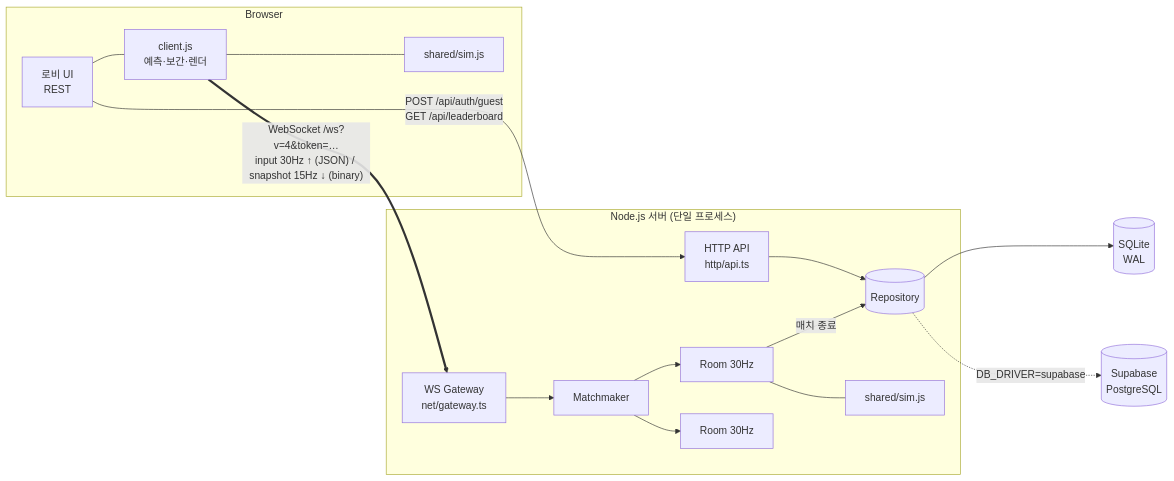
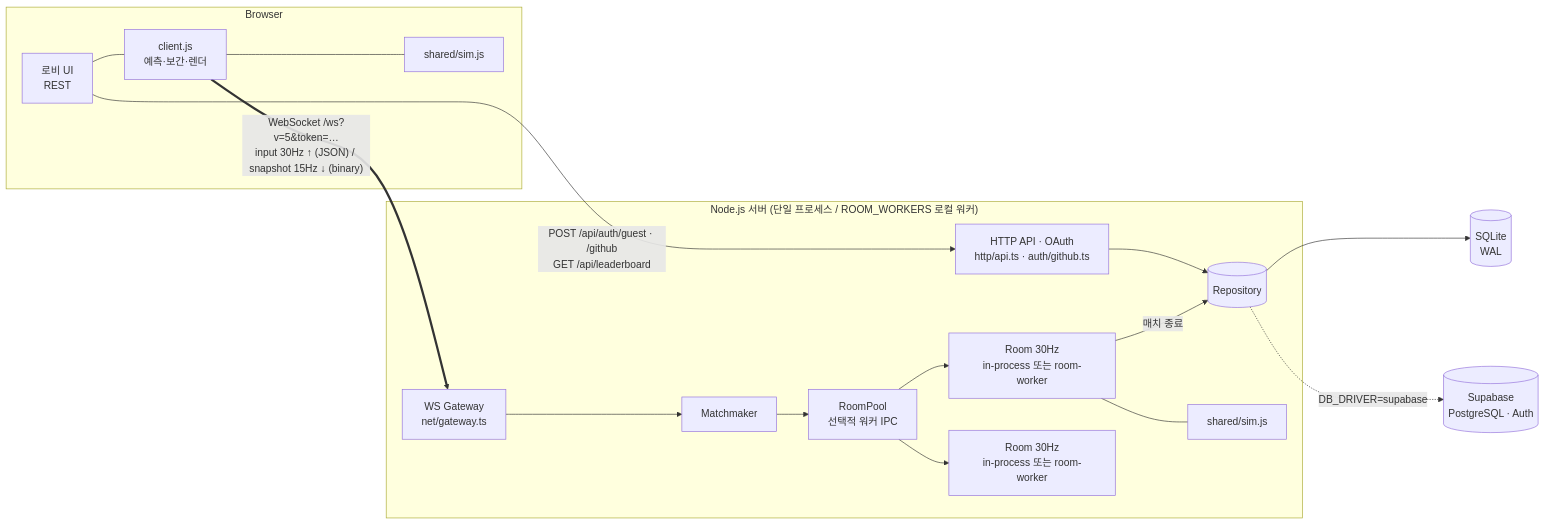
One commit to esin3329/orbit-arena-server changed the first of 3 diagrams in README.md. Above: the diagram before and after it, drawn with Mermaid. The commit also changed other lines of this file and 25 other files, not shown here.

````diff
--- a/README.md
+++ b/README.md
@@ -44,22 +44,23 @@
 ```mermaid
 flowchart LR
   subgraph Browser
     UI[로비 UI<br/>REST] --- C[client.js<br/>예측·보간·렌더]
     C --- S1[shared/sim.js]
   end
 
-  subgraph "Node.js 서버 (단일 프로세스)"
-    H[HTTP API<br/>http/api.ts] --> R[(Repository)]
+  subgraph "Node.js 서버 (단일 프로세스 / ROOM_WORKERS 로컬 워커)"
+    H[HTTP API · OAuth<br/>http/api.ts · auth/github.ts] --> R[(Repository)]
     G[WS Gateway<br/>net/gateway.ts] --> MM[Matchmaker]
-    MM --> RM1[Room 30Hz]
-    MM --> RM2[Room 30Hz]
+    MM --> RP[RoomPool<br/>선택적 워커 IPC]
+    RP --> RM1[Room 30Hz<br/>in-process 또는 room-worker]
+    RP --> RM2[Room 30Hz<br/>in-process 또는 room-worker]
     RM1 --- S2[shared/sim.js]
     RM1 -- 매치 종료 --> R
   end
 
   R --> SQ[(SQLite<br/>WAL)]
-  R -.DB_DRIVER=supabase.-> SB[(Supabase<br/>PostgreSQL)]
+  R -.DB_DRIVER=supabase.-> SB[(Supabase<br/>PostgreSQL · Auth)]
 
-  UI -- "POST /api/auth/guest<br/>GET /api/leaderboard" --> H
-  C == "WebSocket /ws?v=4&token=…<br/>input 30Hz ↑ (JSON) / snapshot 15Hz ↓ (binary)" ==> G
+  UI -- "POST /api/auth/guest · /github<br/>GET /api/leaderboard" --> H
+  C == "WebSocket /ws?v=5&token=…<br/>input 30Hz ↑ (JSON) / snapshot 15Hz ↓ (binary)" ==> G
 ```
````
